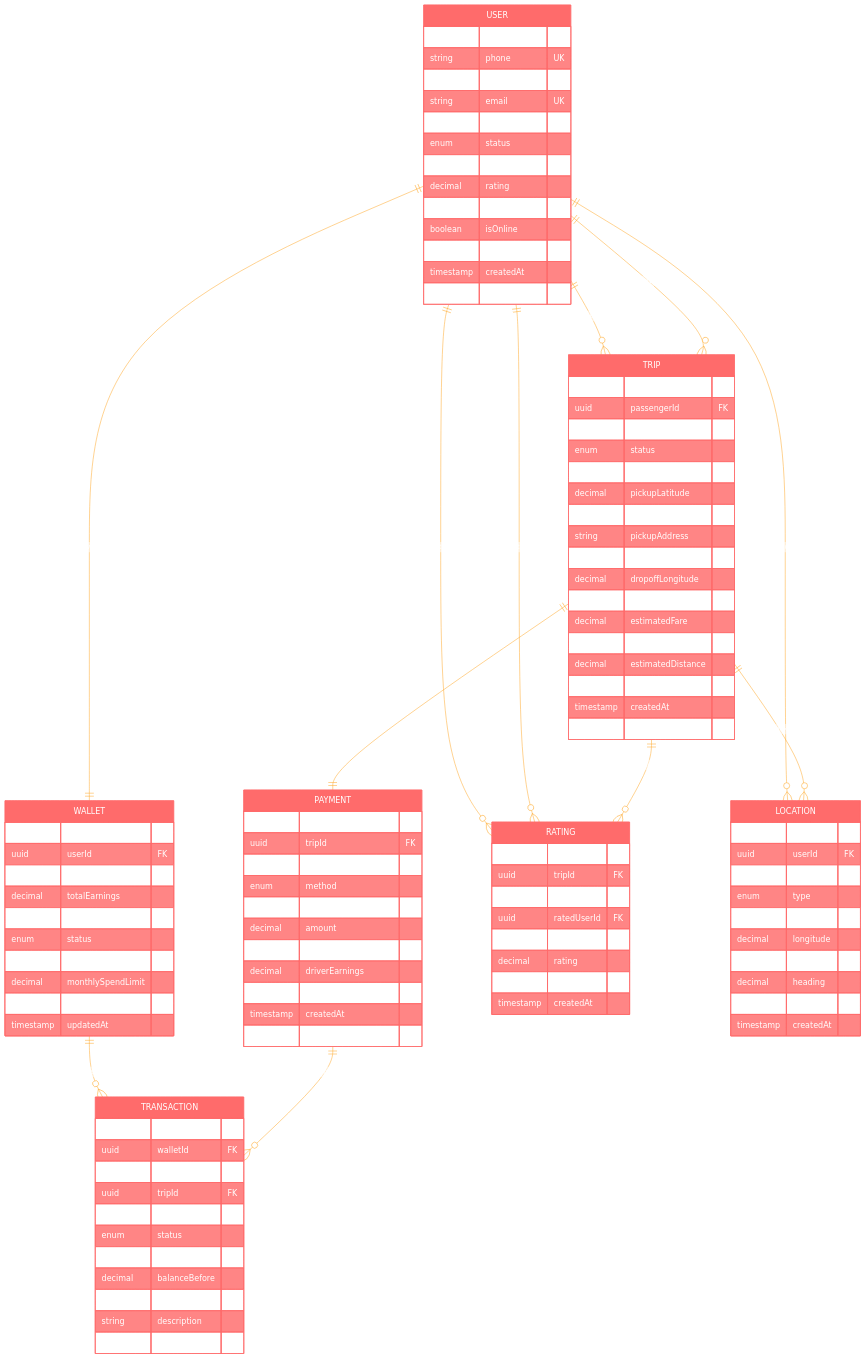
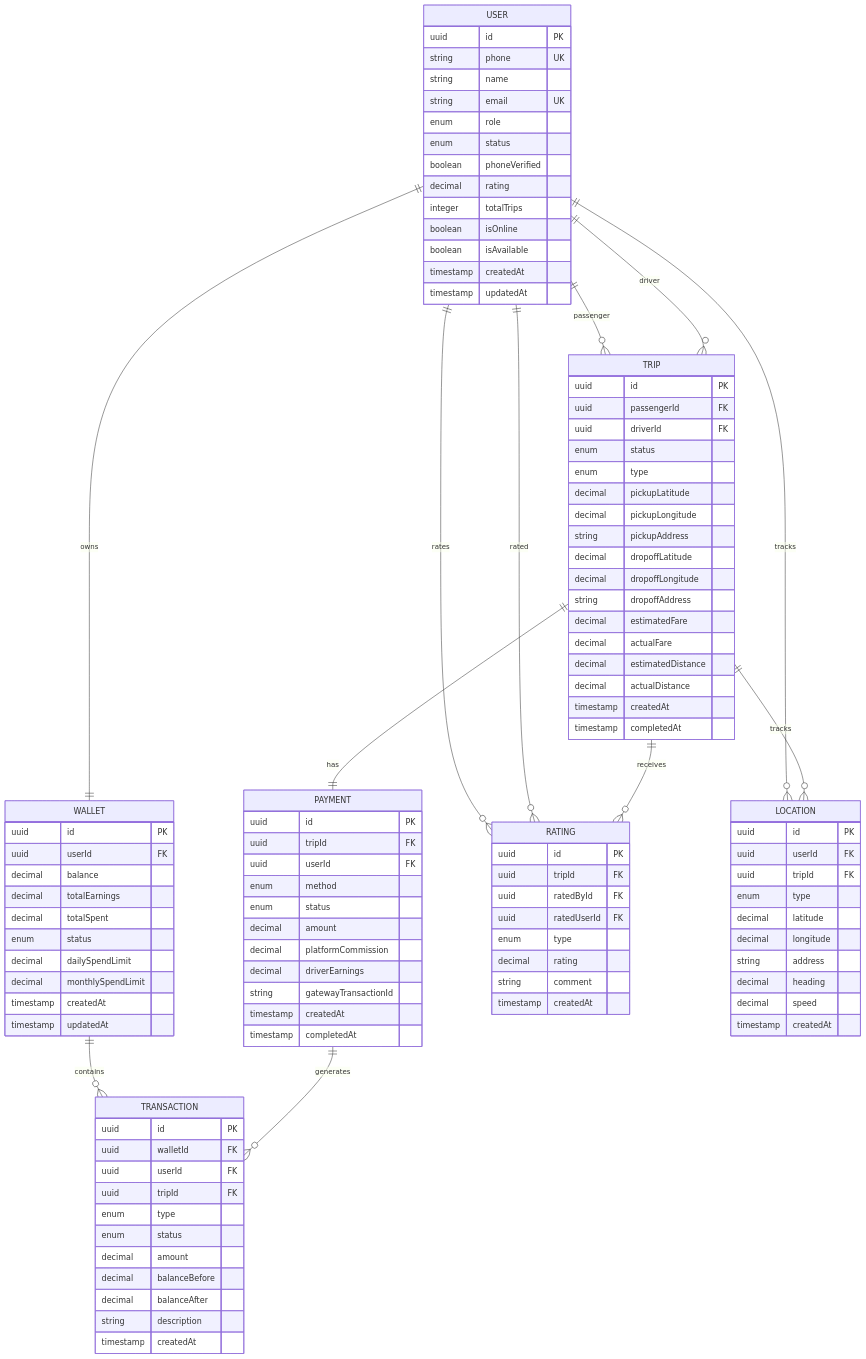
One commit to abdoElHodaky/transportapp changed the sixth of 15 diagrams in docs/ARCHITECTURE.md. Above: the diagram before and after it, drawn with Mermaid. The commit also changed other lines of this file and 9 other files, not shown here.

````diff
--- a/docs/ARCHITECTURE.md
+++ b/docs/ARCHITECTURE.md
@@ -339,5 +515,4 @@
 ```mermaid
-%%{init: {'theme':'base', 'themeVariables': {'primaryColor':'#ff6b6b','primaryTextColor':'#fff','primaryBorderColor':'#ff6b6b','lineColor':'#ffa726','sectionBkgColor':'#ff6b6b','altSectionBkgColor':'#fff','gridColor':'#fff','secondaryColor':'#006100','tertiaryColor':'#fff'}}}%%
 erDiagram
     USER {
         uuid id PK
@@ -454,4 +629,24 @@
     WALLET ||--o{ TRANSACTION : "contains"
     
     PAYMENT ||--o{ TRANSACTION : "generates"
+
+    %% --- DARK GRADIENT & GLOW STYLING ---
+    
+    %% Main Dashboard (Neon Cyan/Blue)
+    classDef main fill:#0d1117,stroke:#58a6ff,stroke-width:4px,color:#58a6ff,font-weight:bold;
+    
+    %% Decision Diamond (Gold Glow)
+    classDef decision fill:#161b22,stroke:#d29922,color:#d29922,stroke-dasharray: 5 5;
+    
+    %% Revenue (Emerald Gradient Style)
+    classDef revNode fill:#04190b,stroke:#3fb950,color:#aff5b4,stroke-width:2px;
+    
+    %% Commission (Purple Gradient Style)
+    classDef commNode fill:#12101e,stroke:#bc8cff,color:#e2c5ff,stroke-width:2px;
+    
+    %% Refund (Ruby Gradient Style)
+    classDef refNode fill:#1a0b0b,stroke:#ff7b72,color:#ffa198,stroke-width:2px;
+    
+    %% Earnings (Sapphire Gradient Style)
+    classDef earnNode fill:#051221,stroke:#388bfd,color:#a5d6ff,stroke-width:2px;
 ```
````
